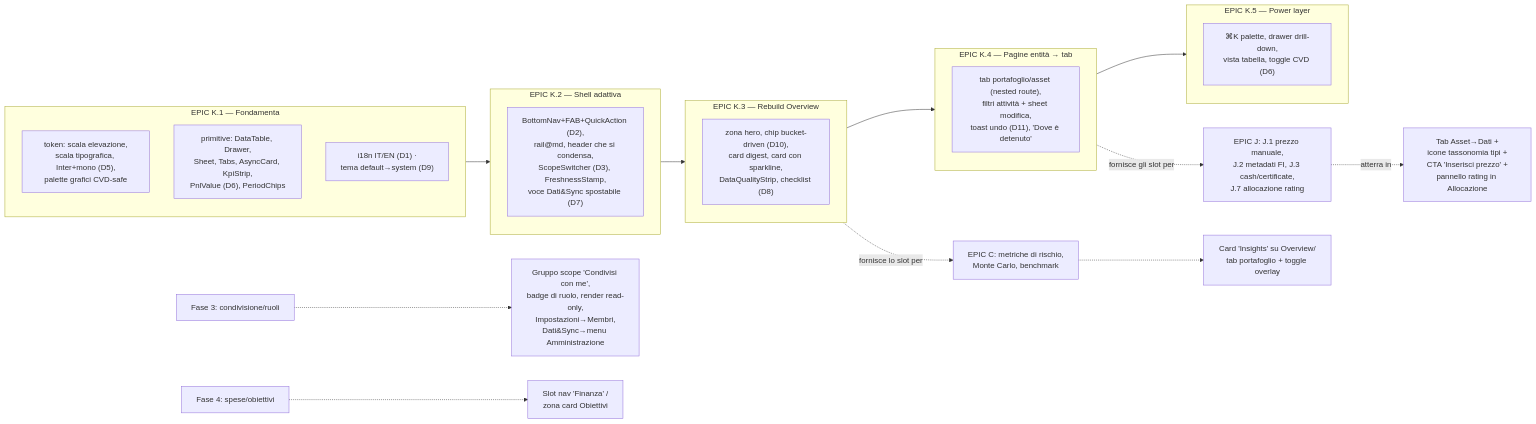
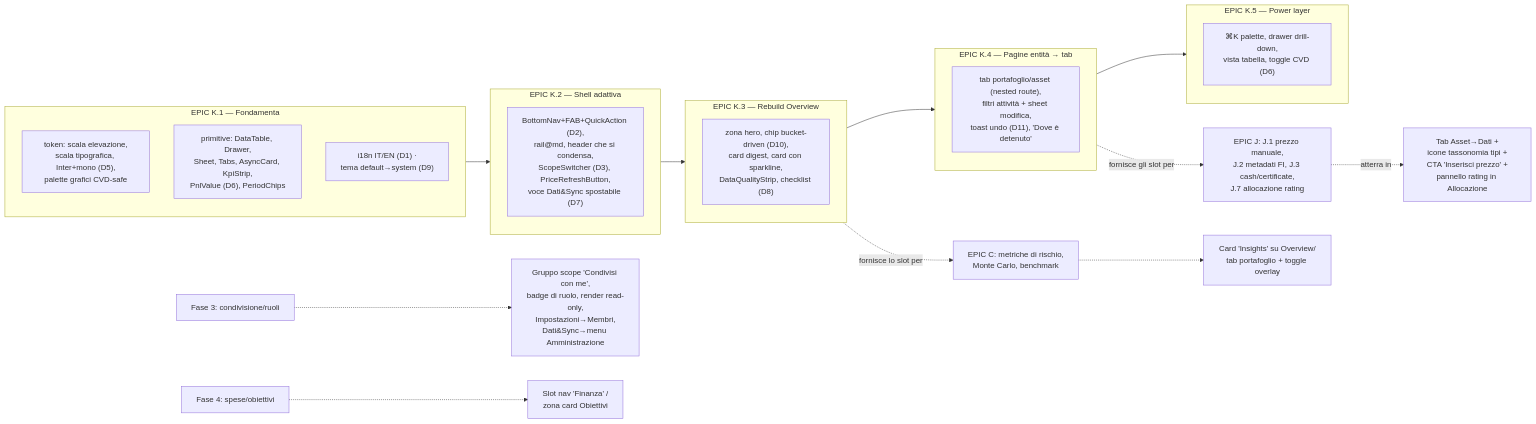
The eighth of 8 diagrams in docs/UX-REDESIGN.it.md (alv67/vault-lab), drawn with Mermaid before and after one commit. The commit also changed other lines of this file and 18 other files, not shown here.

First line of the commit message:
feat(ui): always-visible price-refresh status in the header

````diff
--- a/docs/UX-REDESIGN.it.md
+++ b/docs/UX-REDESIGN.it.md
@@ -694,27 +695,27 @@
 ```mermaid
 flowchart LR
     subgraph K1["EPIC K.1 — Fondamenta"]
         f1["token: scala elevazione,<br/>scala tipografica, Inter+mono (D5),<br/>palette grafici CVD-safe"]
         f2["primitive: DataTable, Drawer,<br/>Sheet, Tabs, AsyncCard, KpiStrip,<br/>PnlValue (D6), PeriodChips"]
         f0["i18n IT/EN (D1) ·<br/>tema default→system (D9)"]
     end
     subgraph K2["EPIC K.2 — Shell adattiva"]
-        f3["BottomNav+FAB+QuickAction (D2),<br/>rail@md, header che si condensa,<br/>ScopeSwitcher (D3), FreshnessStamp,<br/>voce Dati&Sync spostabile (D7)"]
+        f3["BottomNav+FAB+QuickAction (D2),<br/>rail@md, header che si condensa,<br/>ScopeSwitcher (D3), PriceRefreshButton,<br/>voce Dati&Sync spostabile (D7)"]
     end
     subgraph K3["EPIC K.3 — Rebuild Overview"]
         f4["zona hero, chip bucket-driven (D10),<br/>card digest, card con sparkline,<br/>DataQualityStrip, checklist (D8)"]
     end
     subgraph K4["EPIC K.4 — Pagine entità → tab"]
         f5["tab portafoglio/asset (nested route),<br/>filtri attività + sheet modifica,<br/>toast undo (D11), 'Dove è detenuto'"]
     end
     subgraph K5["EPIC K.5 — Power layer"]
         f6["⌘K palette, drawer drill-down,<br/>vista tabella, toggle CVD (D6)"]
     end
     K1 --> K2 --> K3 --> K4 --> K5
     J["EPIC J: J.1 prezzo manuale,<br/>J.2 metadati FI, J.3 cash/certificate,<br/>J.7 allocazione rating"] -.atterra in.-> f5a["Tab Asset→Dati +<br/>icone tassonomia tipi +<br/>CTA 'Inserisci prezzo' +<br/>pannello rating in Allocazione"]
     K4 -.fornisce gli slot per.-> J
     C["EPIC C: metriche di rischio,<br/>Monte Carlo, benchmark"] -.-> ins["Card 'Insights' su Overview/<br/>tab portafoglio + toggle overlay"]
     K3 -.fornisce lo slot per.-> C
     P3["Fase 3: condivisione/ruoli"] -.-> sw["Gruppo scope 'Condivisi con me',<br/>badge di ruolo, render read-only,<br/>Impostazioni→Membri,<br/>Dati&Sync→menu Amministrazione"]
     P4["Fase 4: spese/obiettivi"] -.-> nav["Slot nav 'Finanza' /<br/>zona card Obiettivi"]
 ```
````
